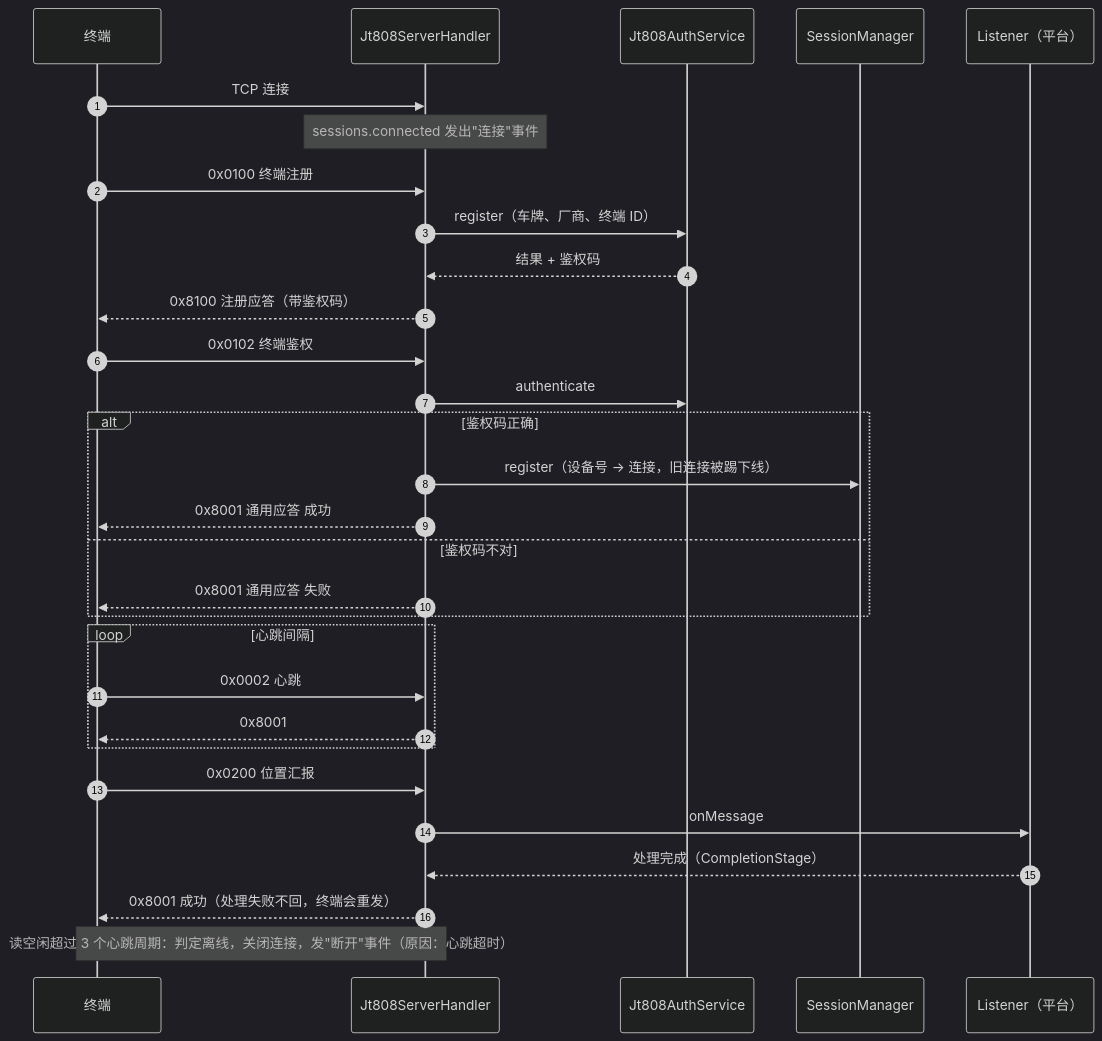
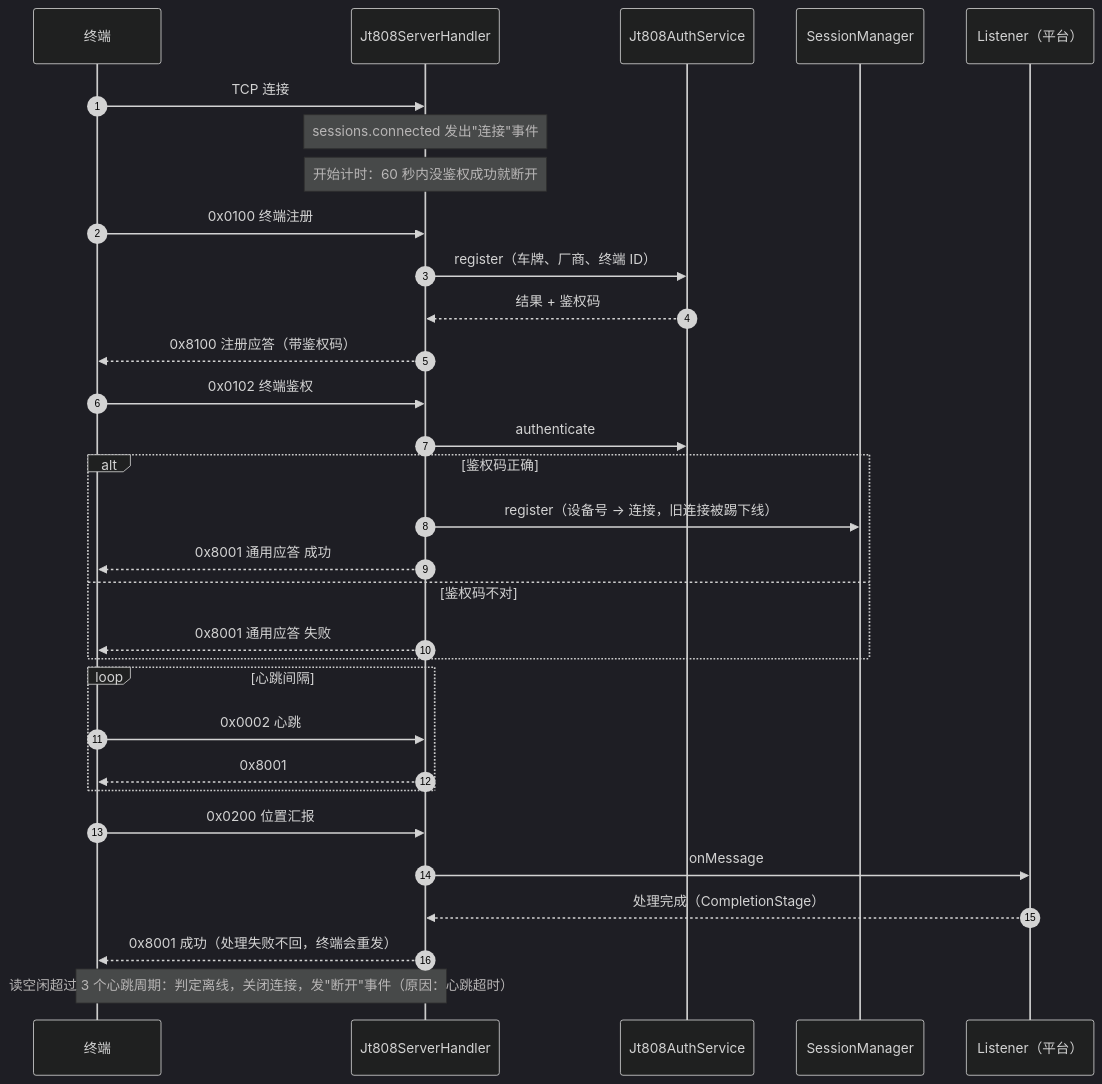
Before and after one commit to xiaowu-iot/iot-protocols: the second of 11 diagrams in README.md, drawn with Mermaid (dark theme). The commit also changed other lines of this file, not shown here.

````diff
--- a/README.md
+++ b/README.md
@@ -107,33 +108,34 @@
 ```mermaid
 sequenceDiagram
     autonumber
     participant T as 终端
     participant H as Jt808ServerHandler
     participant A as Jt808AuthService
     participant SM as SessionManager
     participant L as Listener（平台）
 
     T->>H: TCP 连接
     Note over H: sessions.connected 发出"连接"事件
+    Note over H: 开始计时：60 秒内没鉴权成功就断开
     T->>H: 0x0100 终端注册
     H->>A: register（车牌、厂商、终端 ID）
     A-->>H: 结果 + 鉴权码
     H-->>T: 0x8100 注册应答（带鉴权码）
     T->>H: 0x0102 终端鉴权
     H->>A: authenticate
     alt 鉴权码正确
         H->>SM: register（设备号 → 连接，旧连接被踢下线）
         H-->>T: 0x8001 通用应答 成功
     else 鉴权码不对
         H-->>T: 0x8001 通用应答 失败
     end
     loop 心跳间隔
         T->>H: 0x0002 心跳
         H-->>T: 0x8001
     end
     T->>H: 0x0200 位置汇报
     H->>L: onMessage
     L-->>H: 处理完成（CompletionStage）
     H-->>T: 0x8001 成功（处理失败不回，终端会重发）
     Note over T,H: 读空闲超过 3 个心跳周期：判定离线，关闭连接，发"断开"事件（原因：心跳超时）
 ```
````
